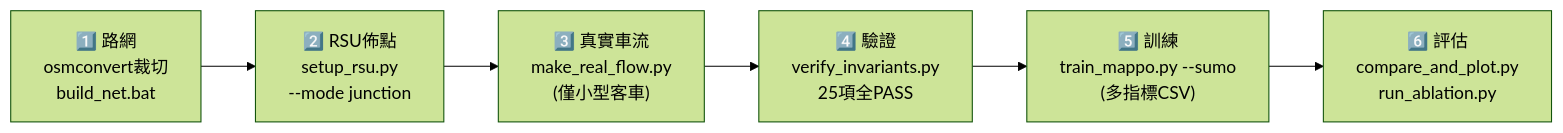
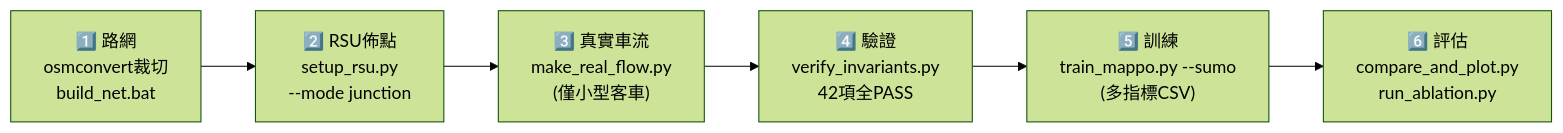
One commit to Nekojuice03/desktop-tutorial changed the third of 3 diagrams in README.md. Above: the diagram before and after it, drawn with Mermaid (forest theme). The commit also changed other lines of this file and 29 other files, not shown here.

````diff
--- a/README.md
+++ b/README.md
@@ -79,8 +79,8 @@
 ```mermaid
 flowchart LR
     S1["1️⃣ 路網<br/>osmconvert裁切<br/>build_net.bat"] --> S2["2️⃣ RSU佈點<br/>setup_rsu.py<br/>--mode junction"]
     S2 --> S3["3️⃣ 真實車流<br/>make_real_flow.py<br/>(僅小型客車)"]
-    S3 --> S4["4️⃣ 驗證<br/>verify_invariants.py<br/>25項全PASS"]
+    S3 --> S4["4️⃣ 驗證<br/>verify_invariants.py<br/>42項全PASS"]
     S4 --> S5["5️⃣ 訓練<br/>train_mappo.py --sumo<br/>(多指標CSV)"]
     S5 --> S6["6️⃣ 評估<br/>compare_and_plot.py<br/>run_ablation.py"]
 ```
````
